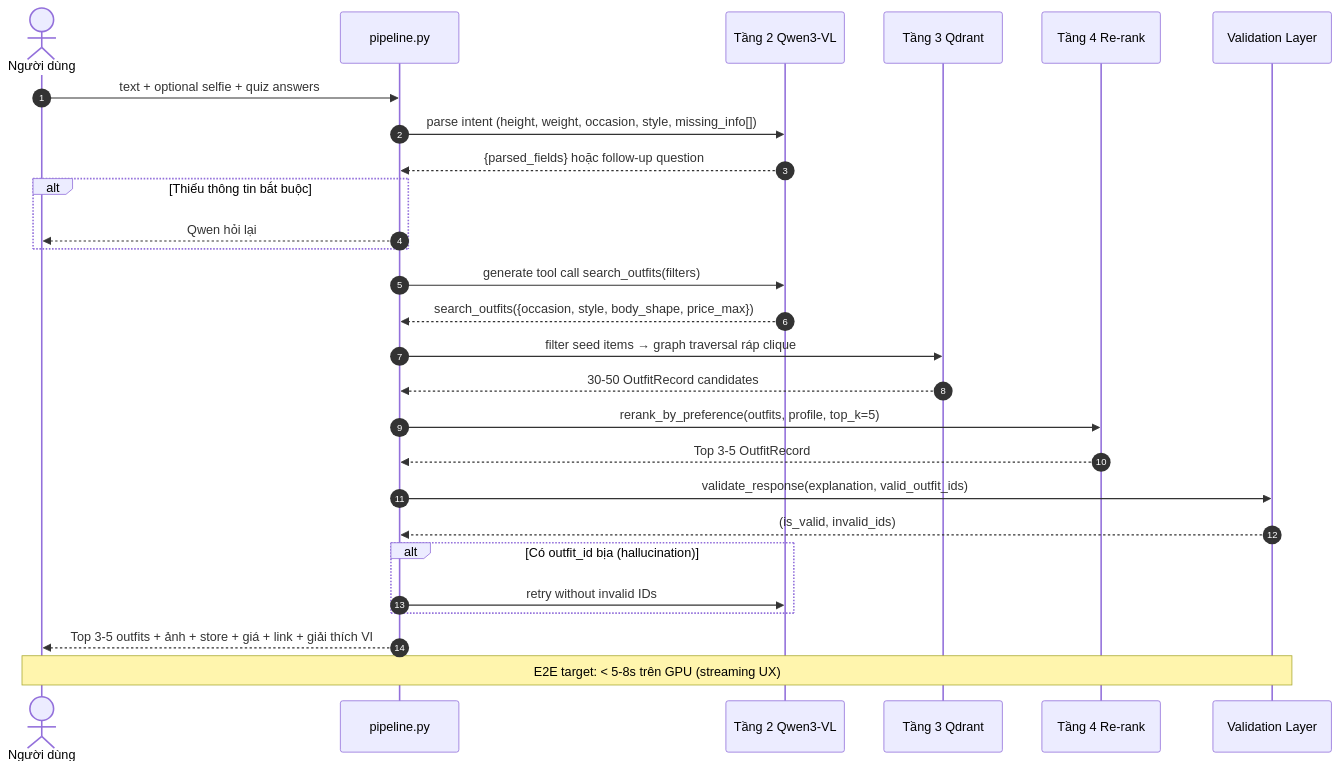
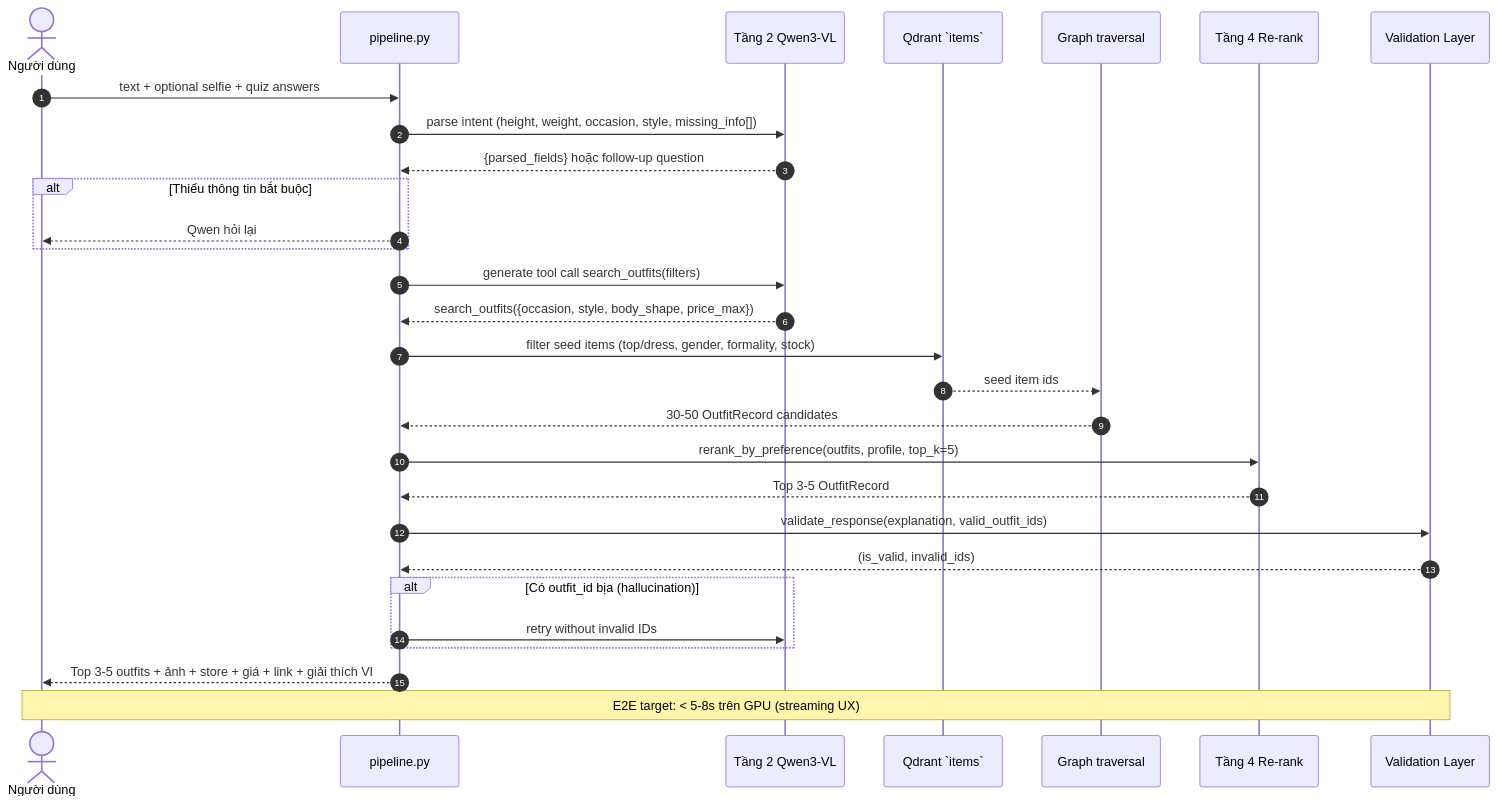
The second of 4 diagrams in docs/presentation/SO_DO_MERMAID.md (Lendo-Stylix/fashion_match), drawn with Mermaid before and after one commit. The commit also changed other lines of this file and 7 other files, not shown here.

Commit message:
Updated graphDB docs

````diff
--- a/docs/presentation/SO_DO_MERMAID.md
+++ b/docs/presentation/SO_DO_MERMAID.md
@@ -65,36 +65,38 @@
 ```mermaid
 sequenceDiagram
     autonumber
     actor U as Người dùng
     participant API as pipeline.py
     participant QW as Tầng 2 Qwen3-VL
-    participant QD as Tầng 3 Qdrant
+    participant QD as Qdrant `items`
+    participant GR as Graph traversal
     participant RR as Tầng 4 Re-rank
     participant VAL as Validation Layer
 
     U->>API: text + optional selfie + quiz answers
     API->>QW: parse intent (height, weight, occasion, style, missing_info[])
     QW-->>API: {parsed_fields} hoặc follow-up question
 
     alt Thiếu thông tin bắt buộc
         API-->>U: Qwen hỏi lại
     end
 
     API->>QW: generate tool call search_outfits(filters)
     QW-->>API: search_outfits({occasion, style, body_shape, price_max})
-    API->>QD: filter seed items → graph traversal ráp clique
-    QD-->>API: 30-50 OutfitRecord candidates
+    API->>QD: filter seed items (top/dress, gender, formality, stock)
+    QD-->>GR: seed item ids
+    GR-->>API: 30-50 OutfitRecord candidates
 
     API->>RR: rerank_by_preference(outfits, profile, top_k=5)
     RR-->>API: Top 3-5 OutfitRecord
 
     API->>VAL: validate_response(explanation, valid_outfit_ids)
     VAL-->>API: (is_valid, invalid_ids)
 
     alt Có outfit_id bịa (hallucination)
         API->>QW: retry without invalid IDs
     end
 
     API-->>U: Top 3-5 outfits + ảnh + store + giá + link + giải thích VI
     Note over U,VAL: E2E target: < 5-8s trên GPU (streaming UX)
 ```
````
